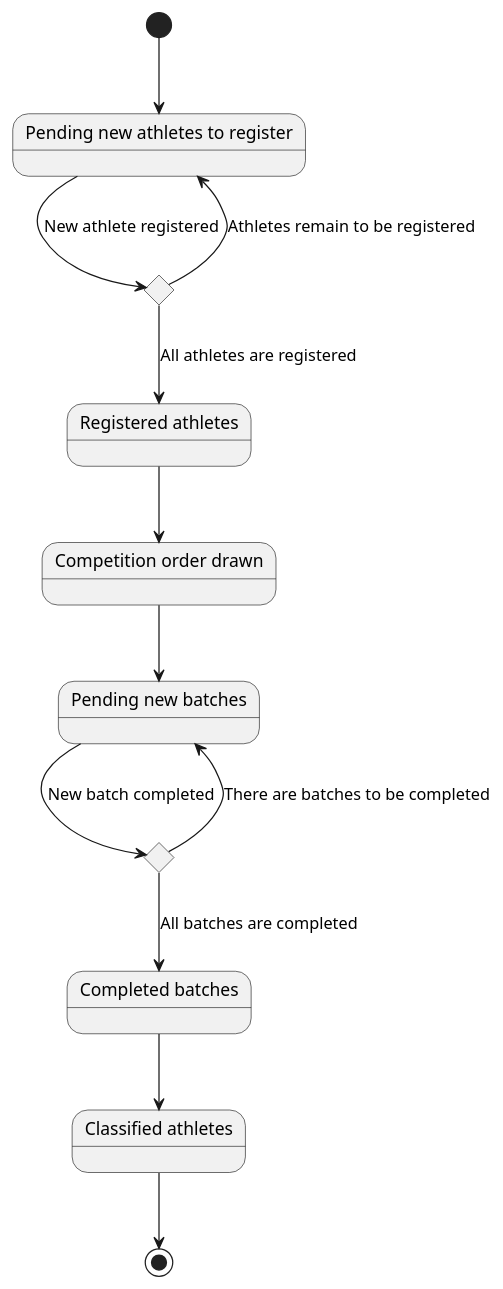
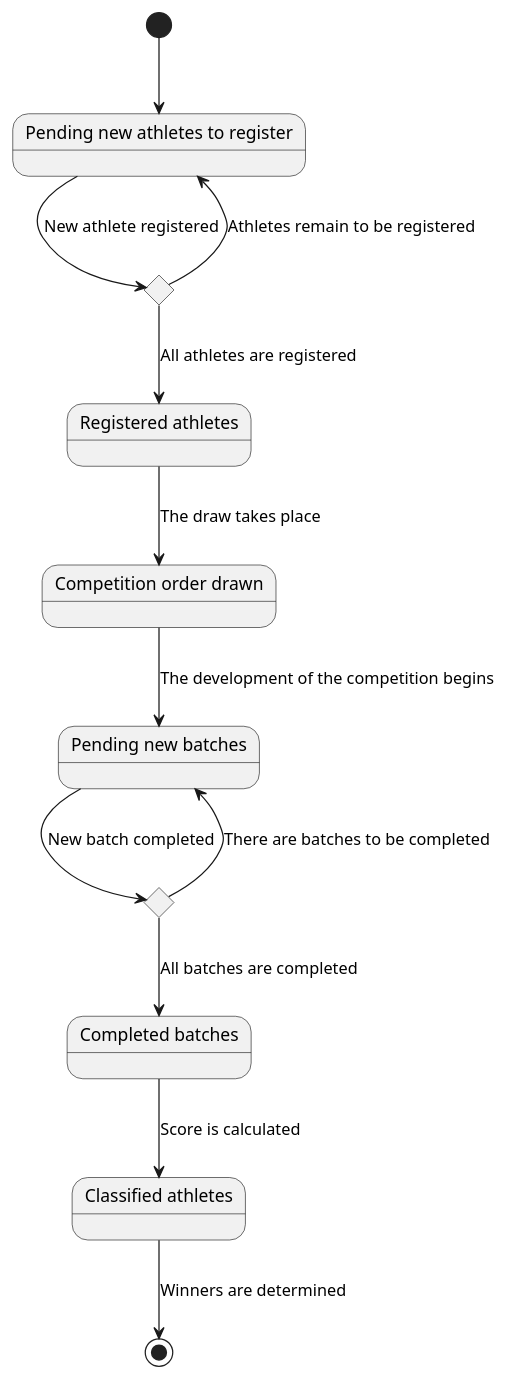
The diagram in diagrams/modelDomain/competitionStates.puml (zuldare/mastercloud_pfm_halterocms), drawn with PlantUML before and after one commit.

Commit message:
Added transition descriptions

```diff
--- a/diagrams/modelDomain/competitionStates.puml
+++ b/diagrams/modelDomain/competitionStates.puml
@@ -1,26 +1,26 @@
 @startuml
 state "Pending new athletes to register" as PendingAthletesToRegister
 state "More athletes to register pending?" as MoreAthletesToRegister <<choice>>
 state "Registered athletes" as RegisteredAthletes
 state "Competition order drawn" as CompetitionOrderDrawn
 state "Pending new batches" as PendingNewBatch
 state "More batches pending?" as MoreBatches <<choice>>
 state "Completed batches" as CompletedBatches
 state "Classified athletes" as ClassifiedAthletes
 
 
 [*] --> PendingAthletesToRegister
 PendingAthletesToRegister --> MoreAthletesToRegister : New athlete registered
 MoreAthletesToRegister --> PendingAthletesToRegister : Athletes remain to be registered
 MoreAthletesToRegister --> RegisteredAthletes : All athletes are registered
-RegisteredAthletes --> CompetitionOrderDrawn
-CompetitionOrderDrawn --> PendingNewBatch
+RegisteredAthletes --> CompetitionOrderDrawn : The draw takes place
+CompetitionOrderDrawn --> PendingNewBatch : The development of the competition begins
 
 PendingNewBatch --> MoreBatches : New batch completed
 
 MoreBatches --> PendingNewBatch : There are batches to be completed
 MoreBatches --> CompletedBatches : All batches are completed
 
-CompletedBatches --> ClassifiedAthletes
-ClassifiedAthletes --> [*]
+CompletedBatches --> ClassifiedAthletes : Score is calculated
+ClassifiedAthletes --> [*] : Winners are determined
 @enduml
```
